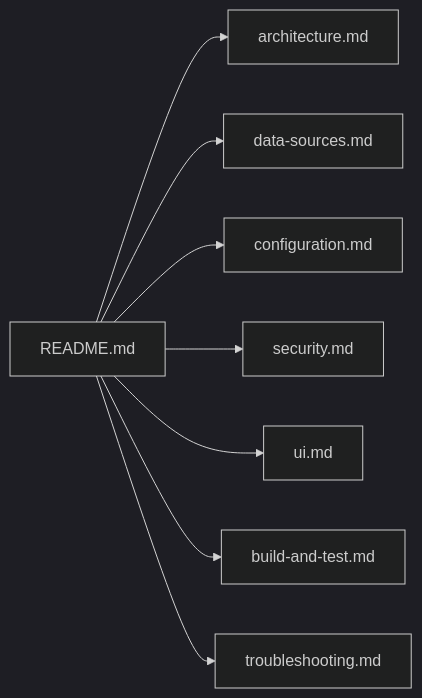
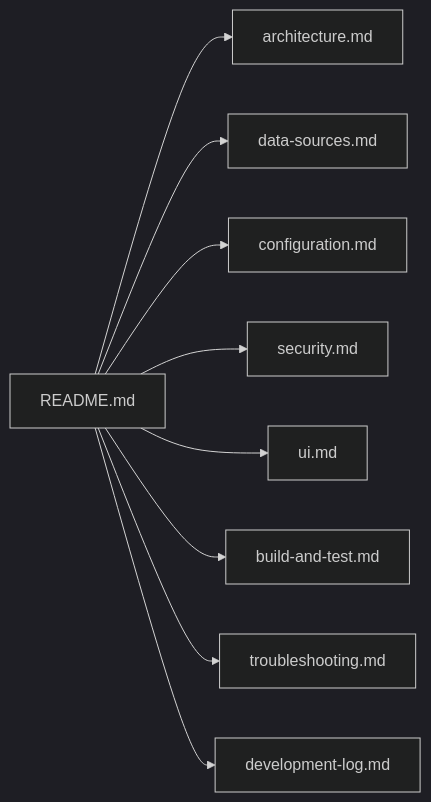
Before and after one commit to saneksa/opencode-limits: the diagram in docs/README.md, drawn with Mermaid (dark theme). The commit also changed other lines of this file and 6 other files, not shown here.

Commit message:
docs: replace PLAN.md with docs/development-log.md [skip ci]

````diff
--- a/docs/README.md
+++ b/docs/README.md
@@ -22,10 +23,11 @@
 ```mermaid
 graph LR
     A[README.md] --> B[architecture.md]
     A --> C[data-sources.md]
     A --> D[configuration.md]
     A --> E[security.md]
     A --> F[ui.md]
     A --> G[build-and-test.md]
     A --> H[troubleshooting.md]
+    A --> I[development-log.md]
 ```
````
